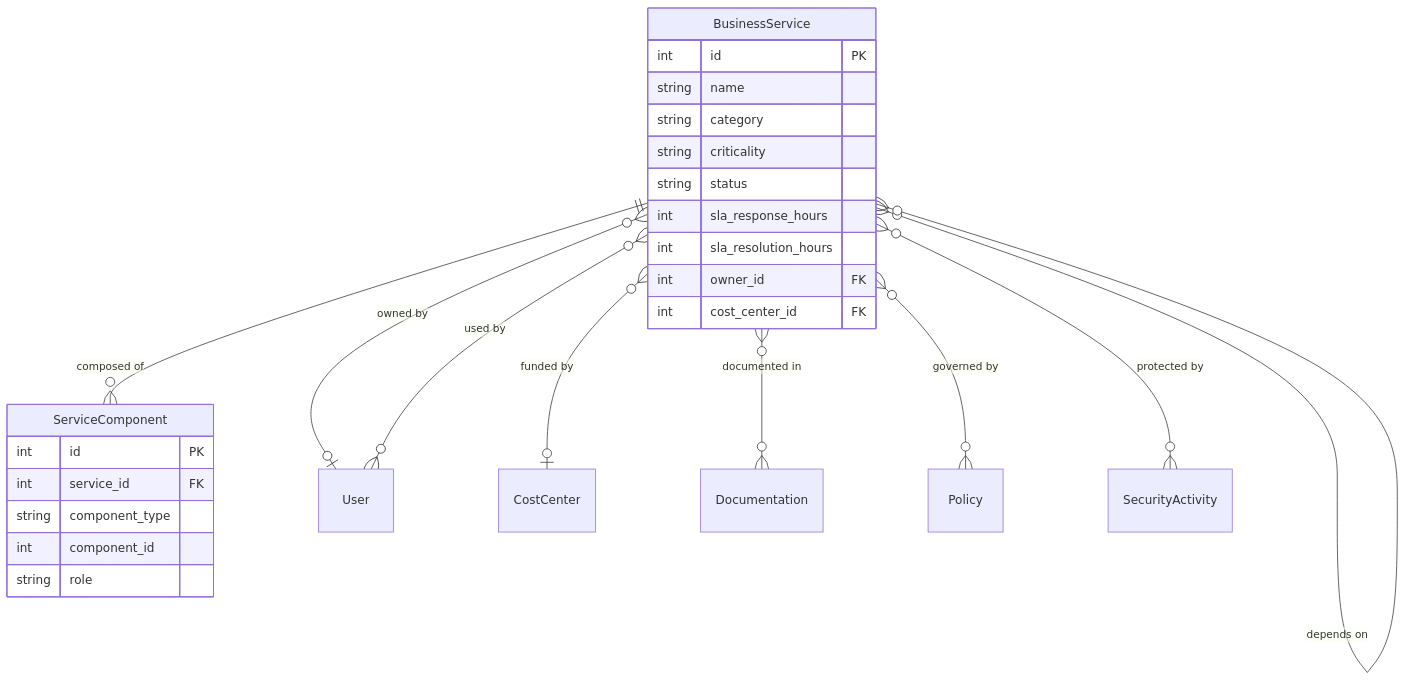
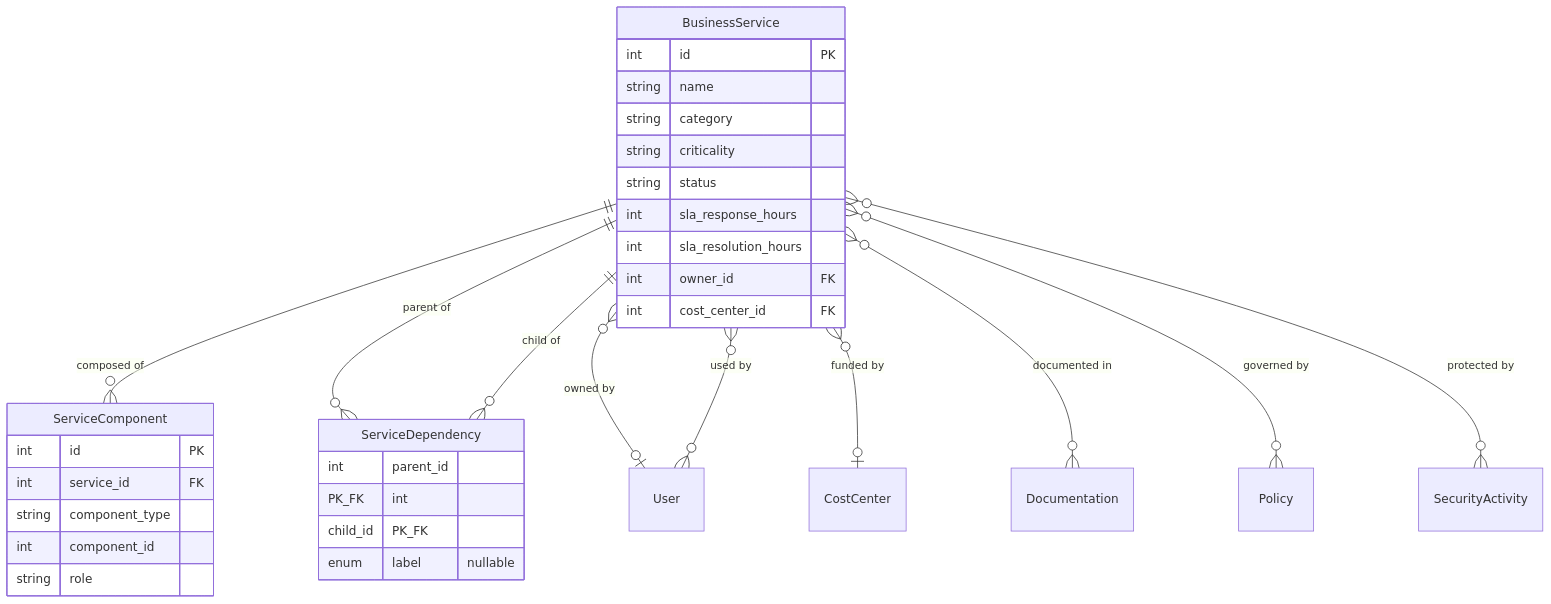
The seventh of 10 diagrams in docs-content/architecture/data-model.md (pixelotes/opsdeck-web), drawn with Mermaid before and after one commit. The commit also changed other lines of this file and 3 other files, not shown here.

````diff
--- a/docs-content/architecture/data-model.md
+++ b/docs-content/architecture/data-model.md
@@ -380,31 +380,38 @@
 ```mermaid
 erDiagram
     BusinessService ||--o{ ServiceComponent : "composed of"
-    BusinessService }o--o{ BusinessService : "depends on"
+    BusinessService ||--o{ ServiceDependency : "parent of"
+    BusinessService ||--o{ ServiceDependency : "child of"
     BusinessService }o--o| User : "owned by"
     BusinessService }o--o| CostCenter : "funded by"
     BusinessService }o--o{ User : "used by"
     BusinessService }o--o{ Documentation : "documented in"
     BusinessService }o--o{ Policy : "governed by"
     BusinessService }o--o{ SecurityActivity : "protected by"
 
     BusinessService {
         int id PK
         string name
         string category
         string criticality
         string status
         int sla_response_hours
         int sla_resolution_hours
         int owner_id FK
         int cost_center_id FK
     }
 
+    ServiceDependency {
+        int parent_id PK_FK
+        int child_id PK_FK
+        enum label "nullable"
+    }
+
     ServiceComponent {
         int id PK
         int service_id FK
         string component_type
         int component_id
         string role
     }
 ```
````
